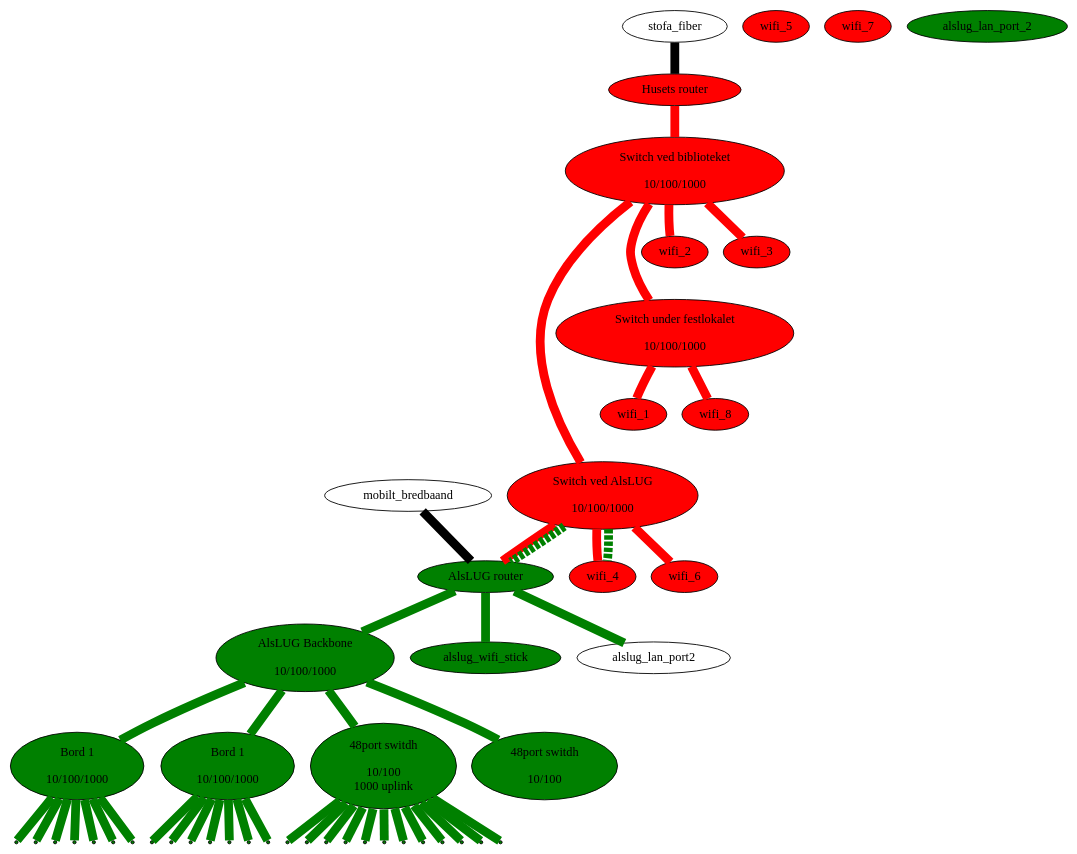
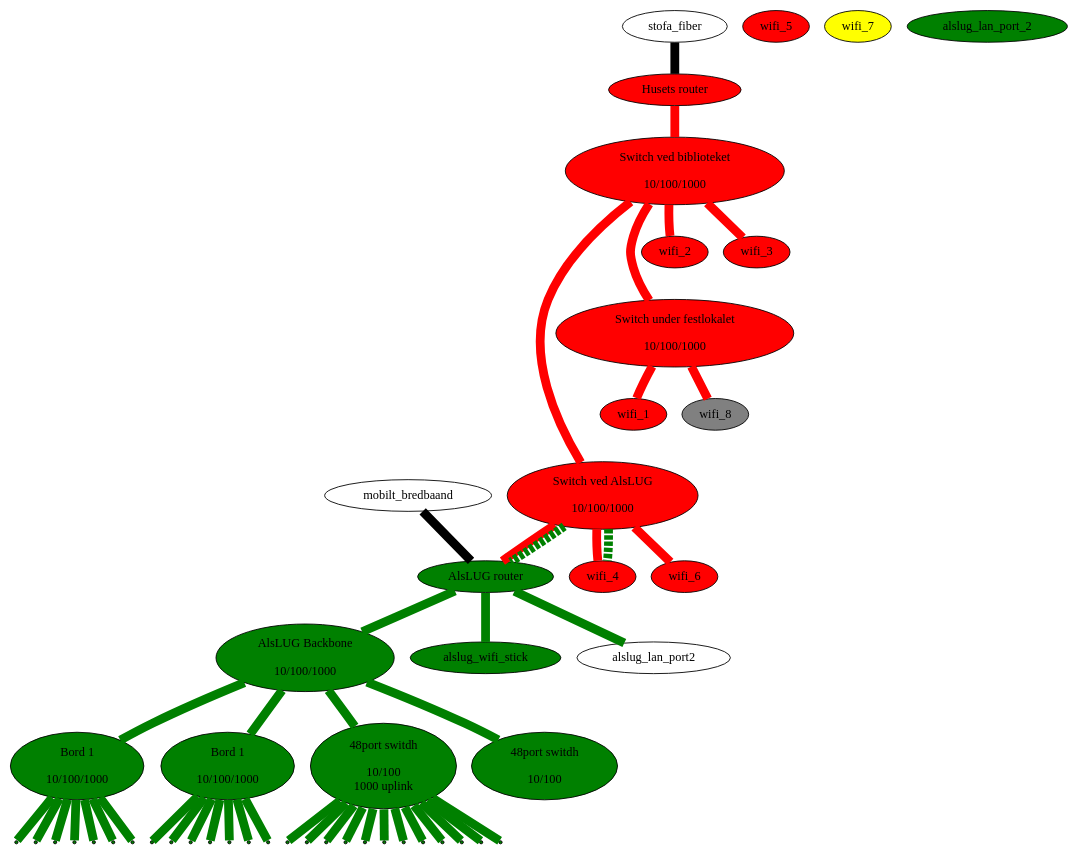
Before and after one commit to alslug/alslug.dk: the diagram in projekter/network.dot, drawn with Graphviz.

```diff
--- a/projekter/network.dot
+++ b/projekter/network.dot
@@ -1,60 +1,61 @@
 digraph xxx {
 #  link_12a [ shape=point ];
 #  link_12b [ shape=point ];
 #  link_12c [ shape=point ];
   edge [ dir=none penwidth=10 ];
 
   node [ style=filled fillcolor=red ];
   husets_router [ label="Husets router" ];
   husets_switch_1 [ label="Switch ved biblioteket\n\n 10/100/1000" ];
   husets_switch_2 [ label="Switch ved AlsLUG\n\n 10/100/1000" ];
   festlokale_switch [ label="Switch under festlokalet\n\n 10/100/1000" ];
-  wifi_1 wifi_2 wifi_3 wifi_4 wifi_5 wifi_6 wifi_7 wifi_8;
+  wifi_1 wifi_2 wifi_3 wifi_4 wifi_5 wifi_6 wifi_7 [ fillcolor=yellow ];
+  wifi_8 [ fillcolor=gray ];
   
   node [ style=filled fillcolor=green ];
   alslug_router [ label="AlsLUG router" ];
   alslug_backbone_switch [ label="AlsLUG Backbone\n\n10/100/1000"];
   bord_1 [ label="Bord 1\n\n10/100/1000"];
   bord_2 [ label="Bord 1\n\n10/100/1000"];
   switch_48p [ label="48port switdh\n\n10/100\n1000 uplink"];
   switch_48p_poe [ label="48port switdh\n\n10/100"];
   alslug_wifi_stick alslug_lan_port_2;
   
   node [ style=normal ];
   // Internet forbindelser
   stofa_fiber      -> husets_router [ fillcolor=black style=filled ];
   mobilt_bredbaand -> alslug_router [ fillcolor=black style=filled ];
   
   // Husets forbindelser
   edge  [ color=red style=solid ];
   husets_router -> husets_switch_1 -> { wifi_2 wifi_3 };
   husets_switch_1 -> husets_switch_2 -> { wifi_4 wifi_6 alslug_router};
   husets_switch_1 -> festlokale_switch -> { wifi_1 wifi_8 };
 
   // VLAN forbindelser over bakkensbros netværk
   edge  [ color=green style=dashed ];
   husets_switch_2 -> { alslug_router wifi_4 };
   
   // Interne forbindelser
   edge [ color=green style=solid ];
   alslug_router -> { alslug_wifi_stick alslug_backbone_switch alslug_lan_port2 };
   alslug_backbone_switch -> { bord_1 bord_2 switch_48p switch_48p_poe }
   
   node [ shape=point ];
   bord_1 -> {
                   bord_1_1 bord_1_2 bord_1_3 bord_1_4
                   bord_1_5 bord_1_6 bord_1_7
                 }
   bord_2 -> {
                   bord_2_1 bord_2_2 bord_2_3 bord_2_4
                   bord_2_5 bord_2_6 bord_2_7
                 }
   switch_48p -> {
                   switch_48p_1 switch_48p_2 switch_48p_3 switch_48p_4
                   switch_48p_5 switch_48p_6 switch_48p_7 switch_48p_8
                   switch_48p_9 switch_48p_10 switch_48p_11 switch_48p_12
                 }
   
   edge [ color=invis ];
   husets_switch_1 -> wifi_2 -> festlokale_switch -> wifi_1 -> husets_switch_2;
 }
```
